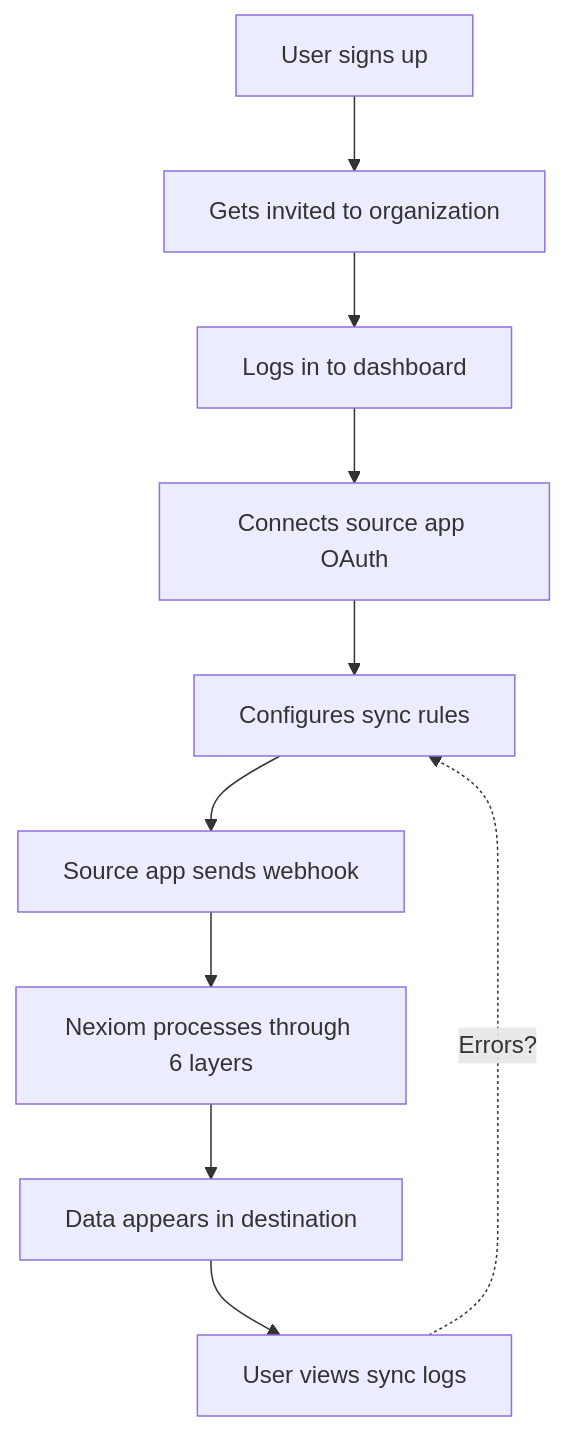
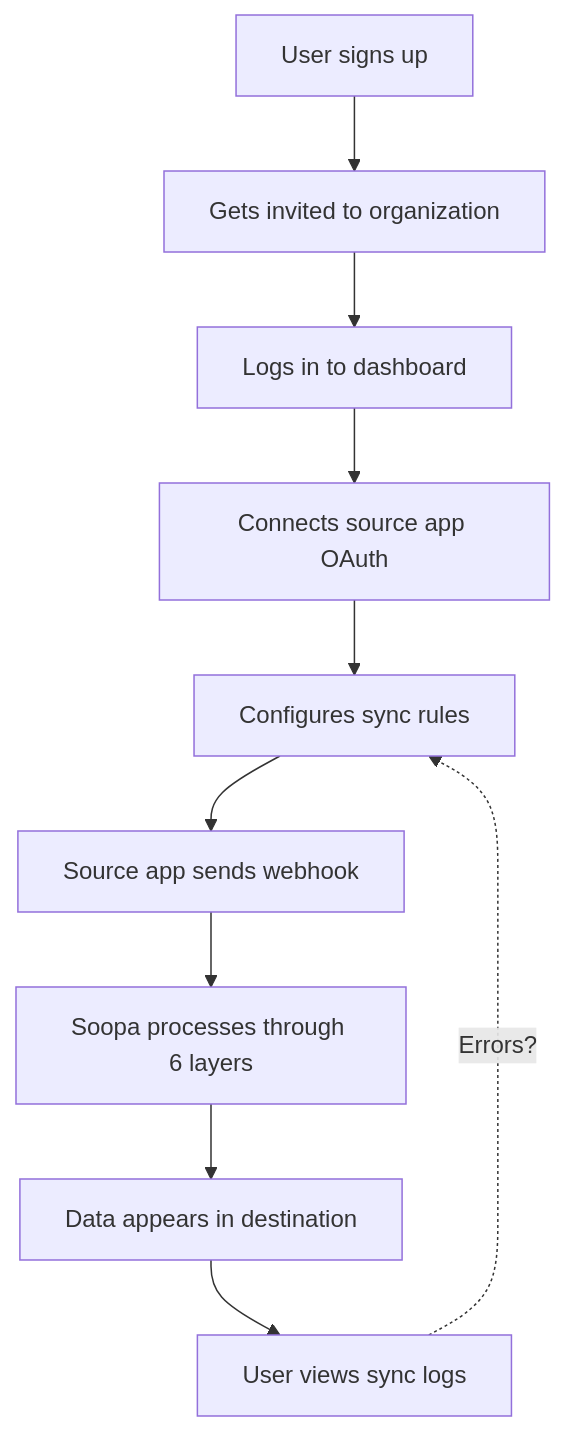
One commit to pramodnarayana/nexiom changed diagram 11 of 18 in docs/draft/00_complete_product_understanding.md. Above: the diagram before and after it, drawn with Mermaid. The commit also changed other lines of this file and 148 other files, not shown here.

````diff
--- a/docs/draft/00_complete_product_understanding.md
+++ b/docs/draft/00_complete_product_understanding.md
@@ -601,22 +601,22 @@
 ```mermaid
 graph TB
     START[User signs up]
     INVITE[Gets invited to organization]
     LOGIN[Logs in to dashboard]
     CONNECT[Connects source app OAuth]
     CONFIGURE[Configures sync rules]
     WEBHOOK[Source app sends webhook]
-    PROCESS[Nexiom processes through 6 layers]
+    PROCESS[Soopa processes through 6 layers]
     DELIVER[Data appears in destination]
     MONITOR[User views sync logs]
     
     START --> INVITE
     INVITE --> LOGIN
     LOGIN --> CONNECT
     CONNECT --> CONFIGURE
     CONFIGURE --> WEBHOOK
     WEBHOOK --> PROCESS
     PROCESS --> DELIVER
     DELIVER --> MONITOR
     MONITOR -.->|Errors?| CONFIGURE
 ```
````
